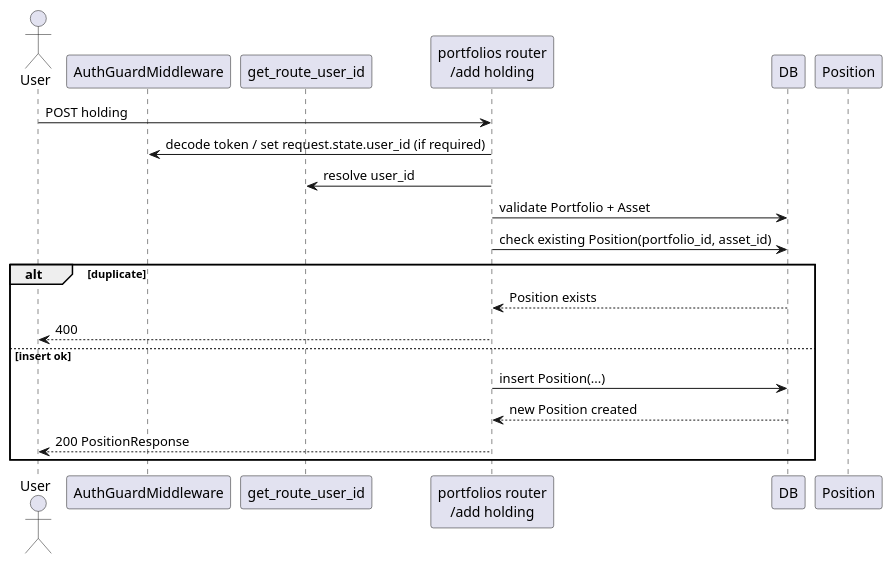
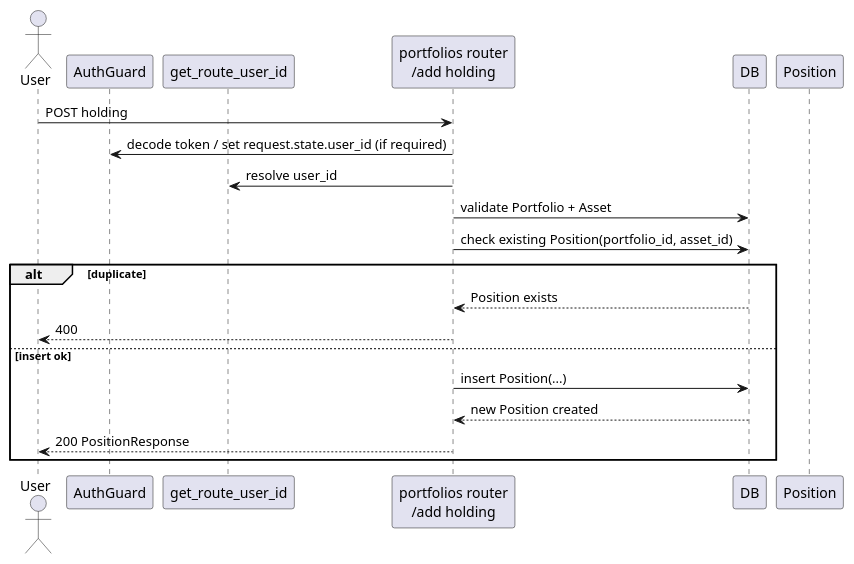
Before and after one commit to Shakour-Data/BedaanWaves: the third of 6 diagrams in docs/02_architecture/ARCH_uml-level6-e2e_v1.md, drawn with PlantUML. The commit also changed other lines of this file and 30 other files, not shown here.

````diff
--- a/docs/02_architecture/ARCH_uml-level6-e2e_v1.md
+++ b/docs/02_architecture/ARCH_uml-level6-e2e_v1.md
@@ -54,24 +54,24 @@
 ```plantuml
 @startuml
 actor User
-participant "AuthGuardMiddleware" as GUARD
+participant "AuthGuard" as GUARD
 participant "get_route_user_id" as ROUTE_ID
 participant "portfolios router\n/add holding" as R
 participant "DB" as DB
 participant "Position" as POS
 
 User -> R : POST holding
 R -> GUARD : decode token / set request.state.user_id (if required)
 R -> ROUTE_ID : resolve user_id
 R -> DB : validate Portfolio + Asset
 R -> DB : check existing Position(portfolio_id, asset_id)
 alt duplicate
   DB --> R : Position exists
   R --> User : 400
 else insert ok
   R -> DB : insert Position(...)
   DB --> R : new Position created
   R --> User : 200 PositionResponse
 end
 @enduml
 ```
````
